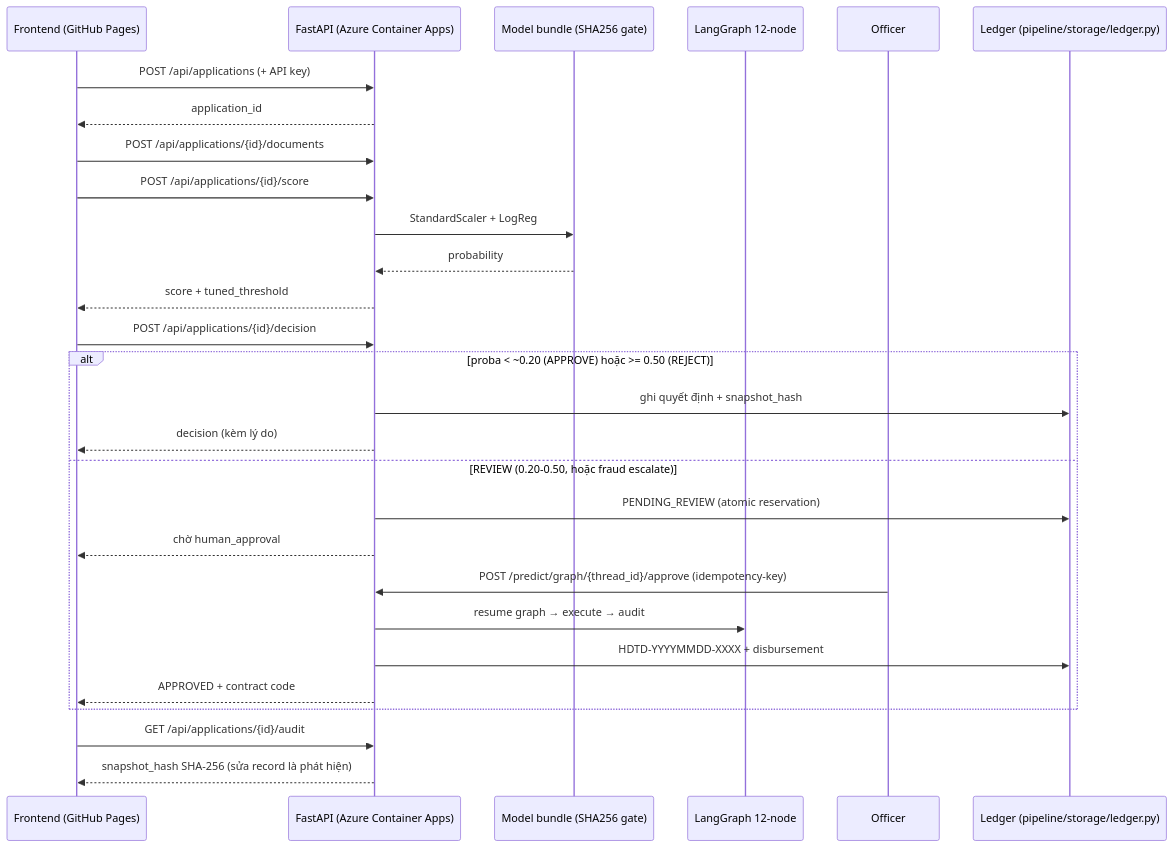
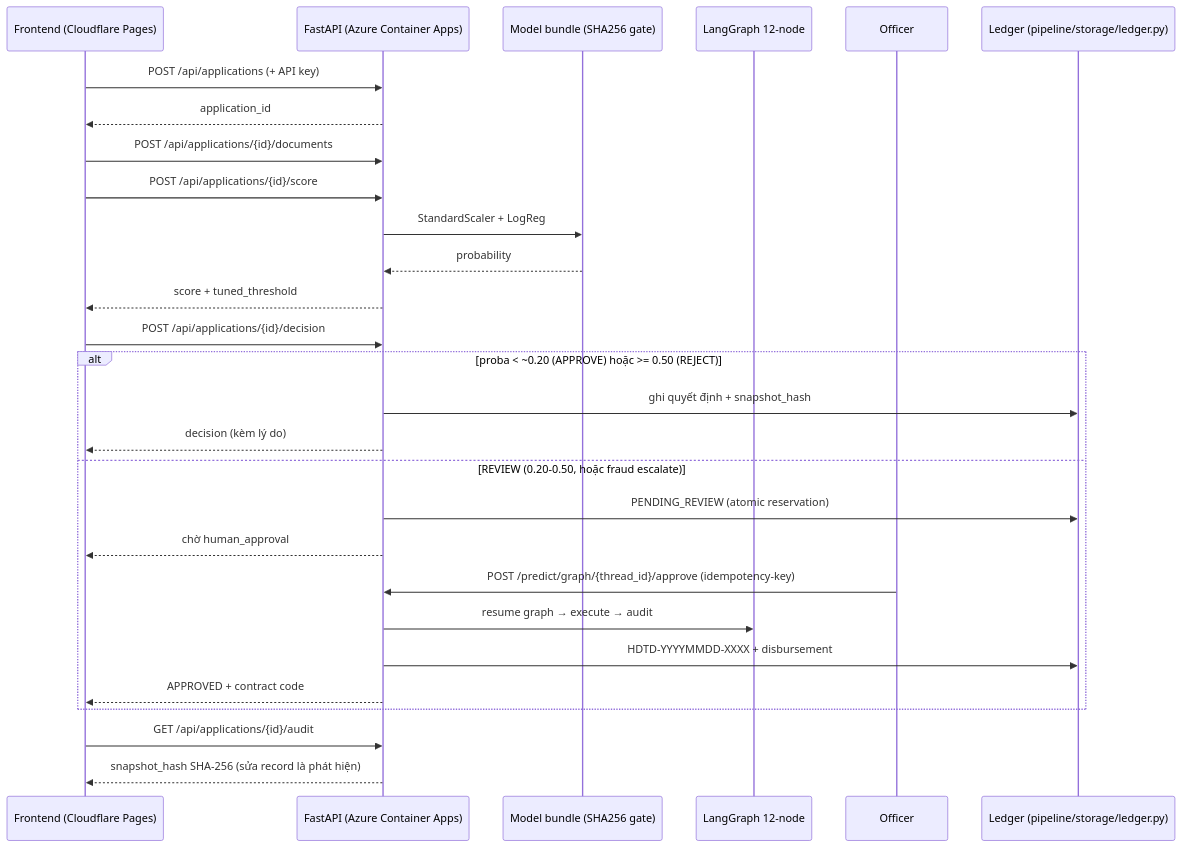
Before and after one commit to imtarget05/CreditFlow: the third of 4 diagrams in docs/architecture.md, drawn with Mermaid. The commit also changed other lines of this file and 9 other files, not shown here.

First line of the commit message:
feat(cloud): full 3-cloud architecture — CF Pages frontend, Azure canonical API, Render API+Postgres mirror

````diff
--- a/docs/architecture.md
+++ b/docs/architecture.md
@@ -123,31 +124,31 @@
 ```mermaid
 sequenceDiagram
-    participant U as Frontend (GitHub Pages)
+    participant U as Frontend (Cloudflare Pages)
     participant A as FastAPI (Azure Container Apps)
     participant M as Model bundle (SHA256 gate)
     participant G as LangGraph 12-node
     participant O as Officer
     participant L as Ledger (pipeline/storage/ledger.py)
 
     U->>A: POST /api/applications (+ API key)
     A-->>U: application_id
     U->>A: POST /api/applications/{id}/documents
     U->>A: POST /api/applications/{id}/score
     A->>M: StandardScaler + LogReg
     M-->>A: probability
     A-->>U: score + tuned_threshold
     U->>A: POST /api/applications/{id}/decision
     alt proba < ~0.20 (APPROVE) hoặc >= 0.50 (REJECT)
         A->>L: ghi quyết định + snapshot_hash
         A-->>U: decision (kèm lý do)
     else REVIEW (0.20-0.50, hoặc fraud escalate)
         A->>L: PENDING_REVIEW (atomic reservation)
         A-->>U: chờ human_approval
         O->>A: POST /predict/graph/{thread_id}/approve (idempotency-key)
         A->>G: resume graph → execute → audit
         A->>L: HDTD-YYYYMMDD-XXXX + disbursement
         A-->>U: APPROVED + contract code
     end
     U->>A: GET /api/applications/{id}/audit
     A-->>U: snapshot_hash SHA-256 (sửa record là phát hiện)
 ```
````
